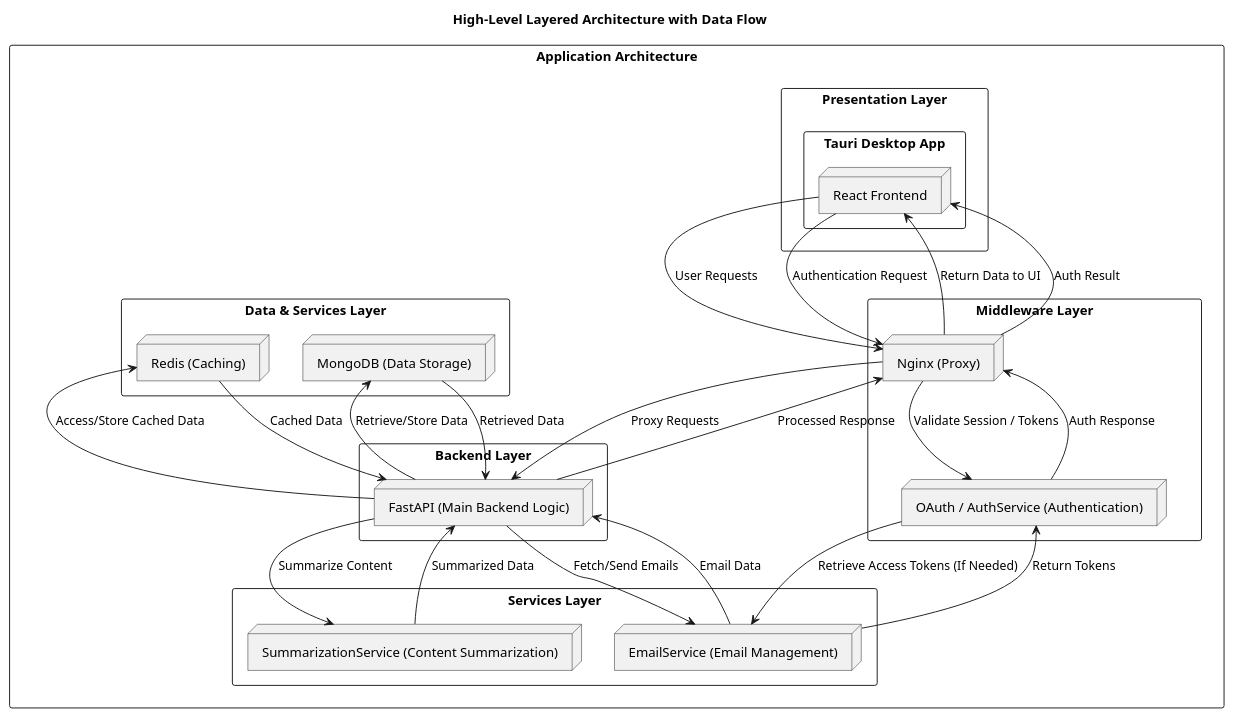
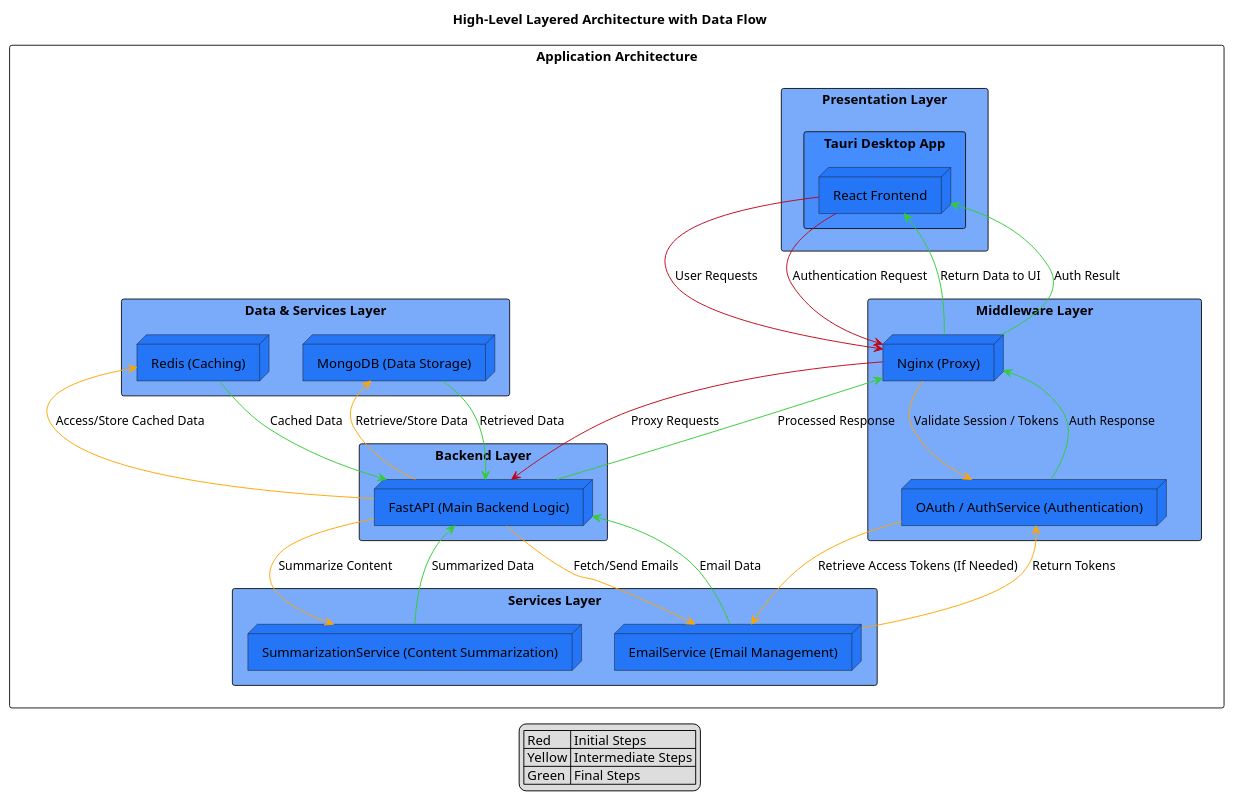
Before and after one commit to EmailEssence/EmailEssence.github.io: the diagram in docs/Architecture.puml, drawn with PlantUML.

Commit message:
added color, as well as helps define steps of the flow

```diff
--- a/docs/Architecture.puml
+++ b/docs/Architecture.puml
@@ -1,63 +1,70 @@
 @startuml
 title High-Level Layered Architecture with Data Flow
 
 hide stereotype
 
 ' Define the direction top to bottom for the entire diagram
 top to bottom direction
 
 ' First, define the global boundary to hold all layers
 rectangle "Application Architecture" as Architecture {
   
   ' Define layers as nested rectangles, listed from top to bottom
-  rectangle "Presentation Layer" as presentation_layer {
-    rectangle "Tauri Desktop App" as TauriApp {
-      node "React Frontend" as ReactUI
+  rectangle "Presentation Layer" as presentation_layer #7aabfa {
+    rectangle "Tauri Desktop App" as TauriApp #458cff{
+      node "React Frontend" as ReactUI #2576f7
     }
   }
 
-  rectangle "Middleware Layer" as middleware_layer {
-    node "Nginx (Proxy)" as Nginx
-    node "OAuth / AuthService (Authentication)" as OAuth
+  rectangle "Middleware Layer" as middleware_layer #7aabfa{
+    node "Nginx (Proxy)" as Nginx #2576f7
+    node "OAuth / AuthService (Authentication)" as OAuth #2576f7
   }
 
-  rectangle "Backend Layer" as backend_layer {
-    node "FastAPI (Main Backend Logic)" as FastAPI
+  rectangle "Backend Layer" as backend_layer #7aabfa{
+    node "FastAPI (Main Backend Logic)" as FastAPI #2576f7
   }
 
-  rectangle "Data & Services Layer" as data_layer {
-    node "MongoDB (Data Storage)" as MongoDB
-    node "Redis (Caching)" as Redis
+  rectangle "Data & Services Layer" as data_layer #7aabfa{
+    node "MongoDB (Data Storage)" as MongoDB #2576f7
+    node "Redis (Caching)" as Redis #2576f7
   }
 
-  rectangle "Services Layer" as services_layer {
-    node "EmailService (Email Management)" as EmailService
-    node "SummarizationService (Content Summarization)" as SummarizationService
+  rectangle "Services Layer" as services_layer #7aabfa{
+    node "EmailService (Email Management)" as EmailService #2576f7
+    node "SummarizationService (Content Summarization)" as SummarizationService #2576f7
   }
+
+  ' Defines the order of steps with the color of arrows
+  legend
+| Red | Initial Steps |
+| Yellow | Intermediate Steps |
+| Green | Final Steps |
+endlegend
 }
 
 ' Add flow arrows showing data requests (downwards) and responses (upwards)
-ReactUI --> Nginx : User Requests
-Nginx --> FastAPI : Proxy Requests
-FastAPI --> MongoDB : Retrieve/Store Data
-FastAPI --> Redis : Access/Store Cached Data
-FastAPI --> EmailService : Fetch/Send Emails
-FastAPI --> SummarizationService : Summarize Content
+ReactUI -[#bf0618]-> Nginx : User Requests
+Nginx -[#bf0618]-> FastAPI : Proxy Requests
+FastAPI -[#FFA500]-> MongoDB : Retrieve/Store Data
+FastAPI -[#FFA500]-> Redis : Access/Store Cached Data
+FastAPI -[#FFA500]-> EmailService : Fetch/Send Emails
+FastAPI -[#FFA500]-> SummarizationService : Summarize Content
 
 ' Define return flows
-SummarizationService --> FastAPI : Summarized Data
-EmailService --> FastAPI : Email Data
-MongoDB --> FastAPI : Retrieved Data
-Redis --> FastAPI : Cached Data
-FastAPI --> Nginx : Processed Response
-Nginx --> ReactUI : Return Data to UI
+SummarizationService -[#32CD32]-> FastAPI : Summarized Data
+EmailService -[#32CD32]-> FastAPI : Email Data
+MongoDB -[#32CD32]-> FastAPI : Retrieved Data
+Redis -[#32CD32]-> FastAPI : Cached Data
+FastAPI -[#32CD32]-> Nginx : Processed Response
+Nginx -[#32CD32]-> ReactUI : Return Data to UI
 
 ' Authentication flow
-ReactUI --> Nginx : Authentication Request
-Nginx --> OAuth : Validate Session / Tokens
-OAuth --> EmailService : Retrieve Access Tokens (If Needed)
-EmailService --> OAuth : Return Tokens
-OAuth --> Nginx : Auth Response
-Nginx --> ReactUI : Auth Result
+ReactUI -[#bf0618]-> Nginx : Authentication Request
+Nginx -[#FFA500]-> OAuth : Validate Session / Tokens
+OAuth -[#FFA500]-> EmailService : Retrieve Access Tokens (If Needed)
+EmailService -[#FFA500]-> OAuth : Return Tokens
+OAuth -[#32CD32]-> Nginx : Auth Response
+Nginx -[#32CD32]-> ReactUI : Auth Result
 
 @enduml
```
